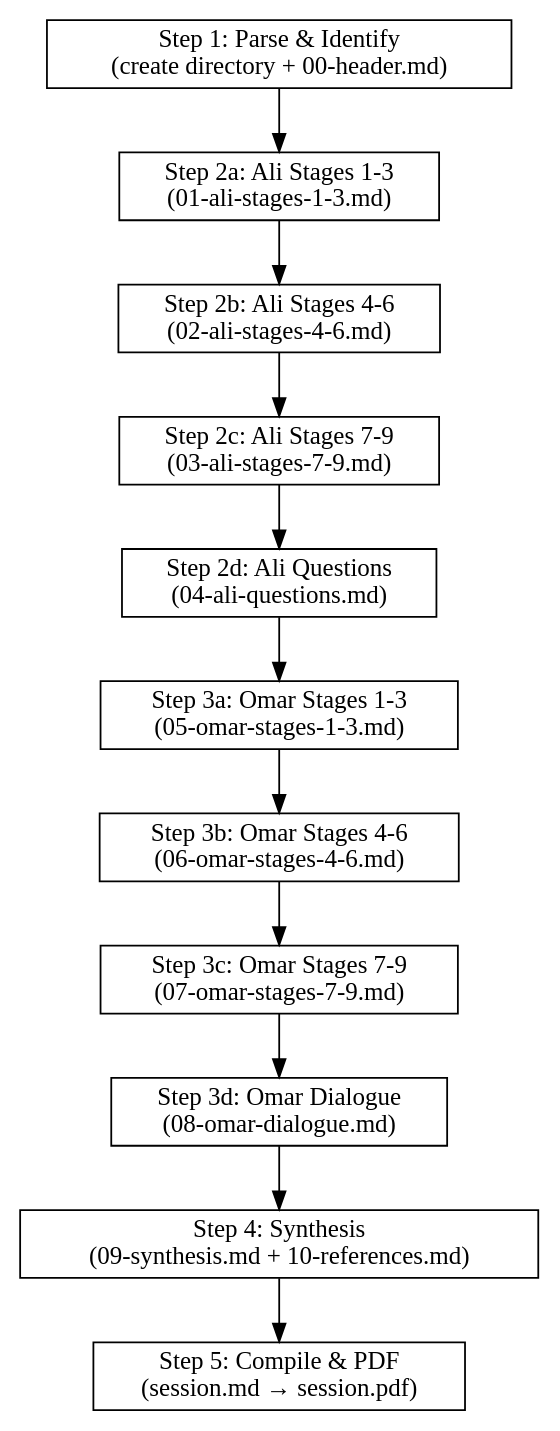
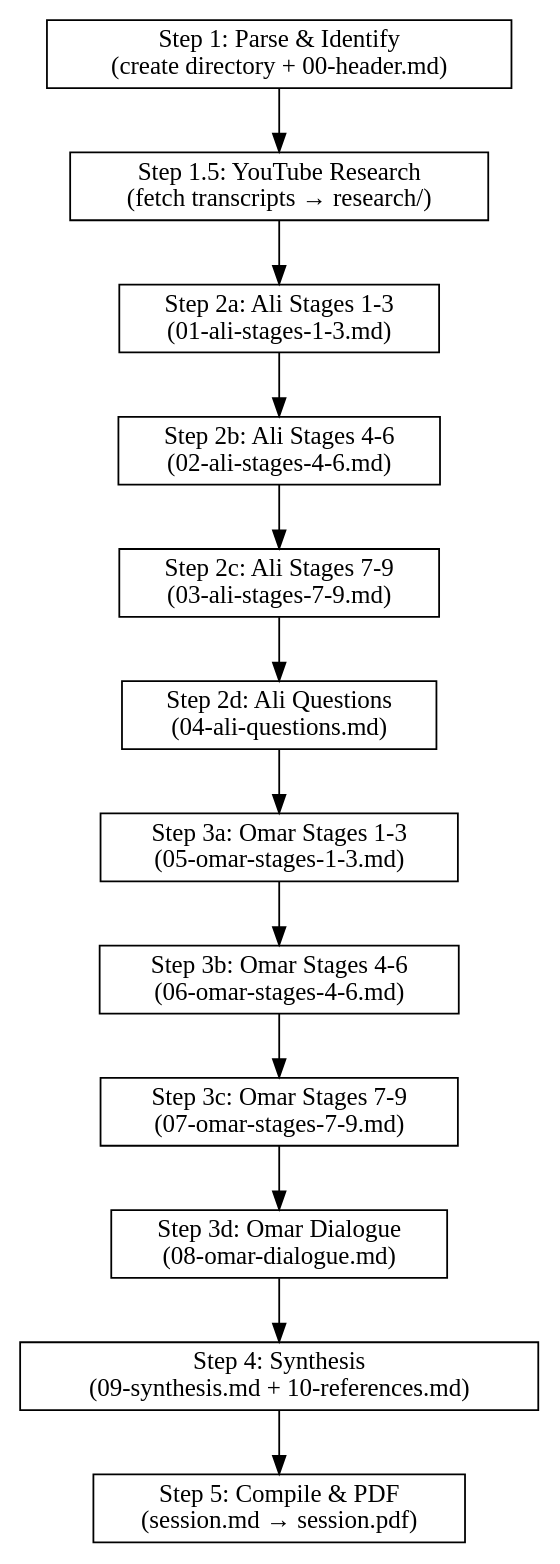
Before and after one commit to FayazK/AI-Ustadh: the diagram in .claude/skills/recite/SKILL.md, drawn with Graphviz. The commit also changed other lines of this file and 16 other files, not shown here.

First line of the commit message:
Enrich Ayat an-Noor session with YouTube transcript research from NAK and Yasir Qadhi

````diff
--- a/.claude/skills/recite/SKILL.md
+++ b/.claude/skills/recite/SKILL.md
@@ -44,22 +44,23 @@
 ```dot
 digraph recite_flow {
     rankdir=TB;
     node [shape=box];
 
     parse [label="Step 1: Parse & Identify\n(create directory + 00-header.md)"];
+    research [label="Step 1.5: YouTube Research\n(fetch transcripts → research/)"];
     ali1 [label="Step 2a: Ali Stages 1-3\n(01-ali-stages-1-3.md)"];
     ali2 [label="Step 2b: Ali Stages 4-6\n(02-ali-stages-4-6.md)"];
     ali3 [label="Step 2c: Ali Stages 7-9\n(03-ali-stages-7-9.md)"];
     aliq [label="Step 2d: Ali Questions\n(04-ali-questions.md)"];
     omar1 [label="Step 3a: Omar Stages 1-3\n(05-omar-stages-1-3.md)"];
     omar2 [label="Step 3b: Omar Stages 4-6\n(06-omar-stages-4-6.md)"];
     omar3 [label="Step 3c: Omar Stages 7-9\n(07-omar-stages-7-9.md)"];
     omard [label="Step 3d: Omar Dialogue\n(08-omar-dialogue.md)"];
     synth [label="Step 4: Synthesis\n(09-synthesis.md + 10-references.md)"];
     compile [label="Step 5: Compile & PDF\n(session.md → session.pdf)"];
 
-    parse -> ali1 -> ali2 -> ali3 -> aliq;
+    parse -> research -> ali1 -> ali2 -> ali3 -> aliq;
     aliq -> omar1 -> omar2 -> omar3 -> omard;
     omard -> synth -> compile;
 }
 ```
````
